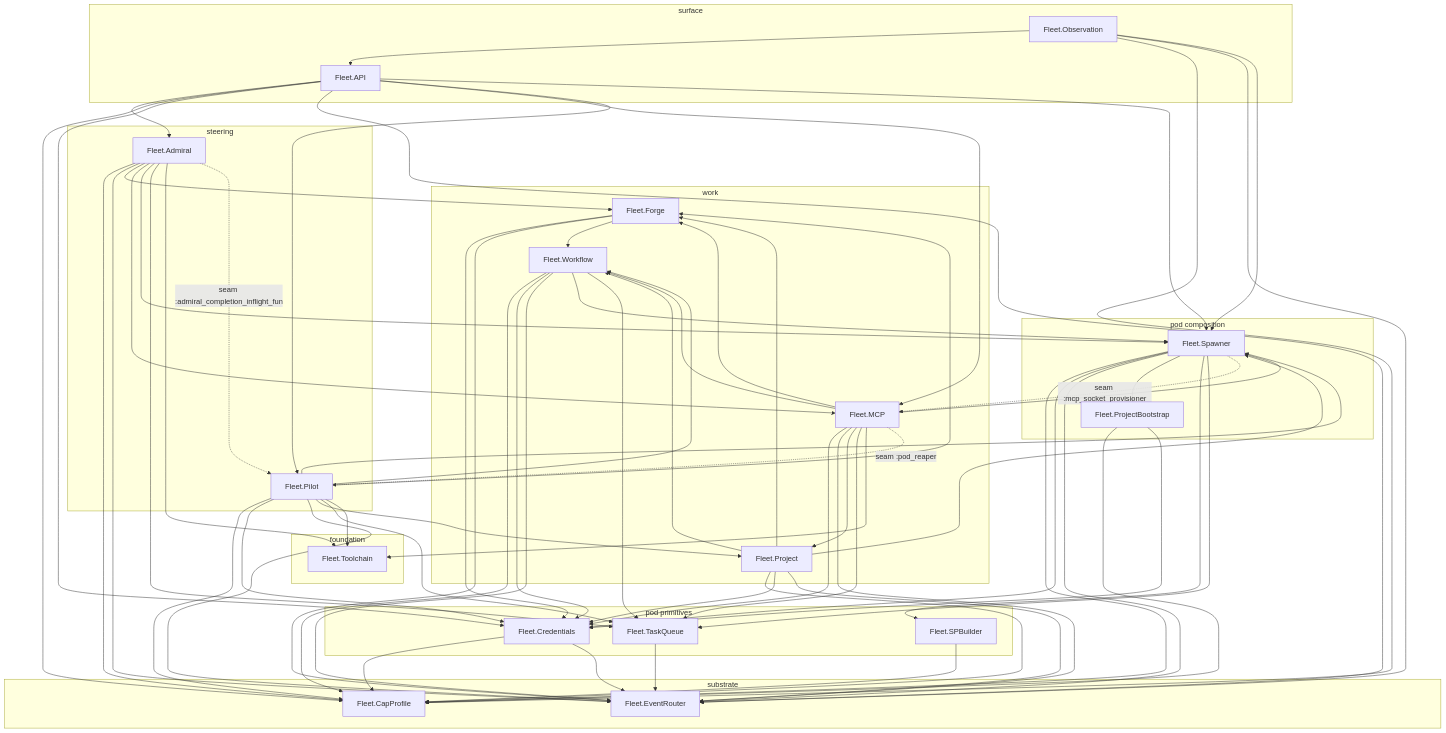
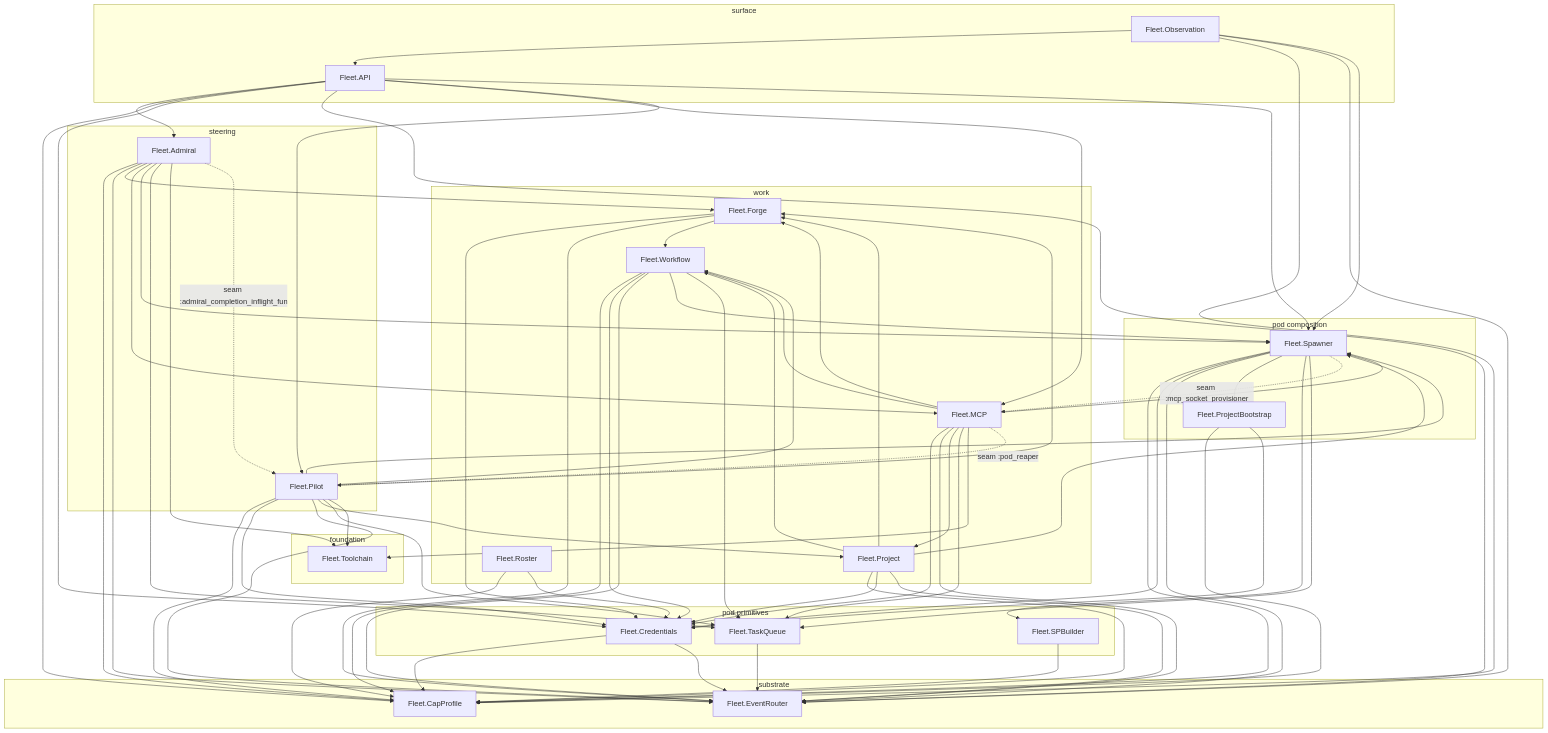
The diagram in fleet/README.md (zUrp-Embedded/LCARS-fleet), drawn with Mermaid before and after one commit. The commit also changed 11 other files, not shown here.

```diff
--- a/fleet/README.md
+++ b/fleet/README.md
@@ -41,6 +41,7 @@
         Fleet_Forge["Fleet.Forge"]
         Fleet_MCP["Fleet.MCP"]
         Fleet_Project["Fleet.Project"]
+        Fleet_Roster["Fleet.Roster"]
         Fleet_Workflow["Fleet.Workflow"]
     end
     subgraph pod_composition["pod composition"]
@@ -107,6 +108,8 @@
     Fleet_Project --> Fleet_Workflow
     Fleet_ProjectBootstrap --> Fleet_CapProfile
     Fleet_ProjectBootstrap --> Fleet_Credentials
+    Fleet_Roster --> Fleet_CapProfile
+    Fleet_Roster --> Fleet_Credentials
     Fleet_SPBuilder --> Fleet_CapProfile
     Fleet_Spawner --> Fleet_CapProfile
     Fleet_Spawner --> Fleet_Credentials
```
